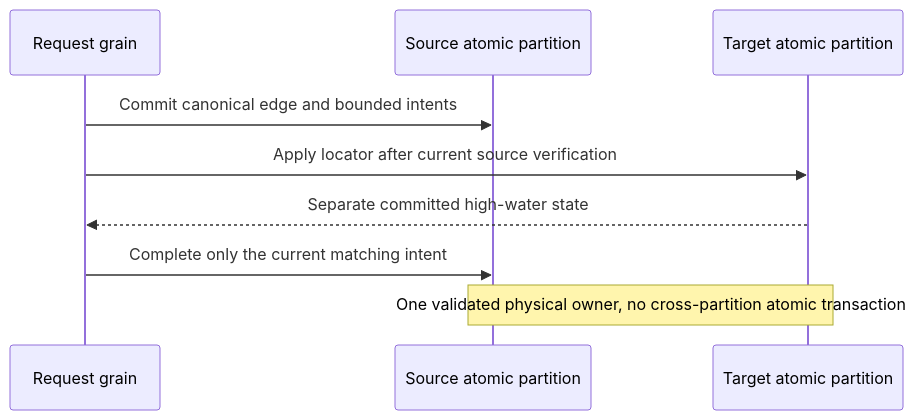
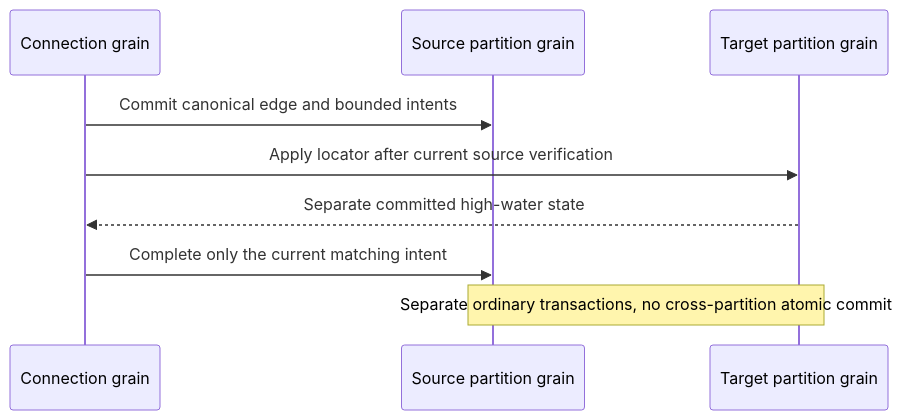
Before and after one commit to managedcode/KeyLoad: the diagram in docs/ADR/ADR-102-cross-partition-graph-edges.md, drawn with Mermaid. The commit also changed other lines of this file and 7356 other files, not shown here.

````diff
--- a/docs/ADR/ADR-102-cross-partition-graph-edges.md
+++ b/docs/ADR/ADR-102-cross-partition-graph-edges.md
@@ -32,11 +21,11 @@
 ```mermaid
 sequenceDiagram
-    participant R as Request grain
-    participant S as Source atomic partition
-    participant T as Target atomic partition
-    R->>S: Commit canonical edge and bounded intents
-    R->>T: Apply locator after current source verification
-    T-->>R: Separate committed high-water state
-    R->>S: Complete only the current matching intent
-    Note over S,T: One validated physical owner, no cross-partition atomic transaction
+    participant C as Connection grain
+    participant S as Source partition grain
+    participant T as Target partition grain
+    C->>S: Commit canonical edge and bounded intents
+    C->>T: Apply locator after current source verification
+    T-->>C: Separate committed high-water state
+    C->>S: Complete only the current matching intent
+    Note over S,T: Separate ordinary transactions, no cross-partition atomic commit
 ```
````
